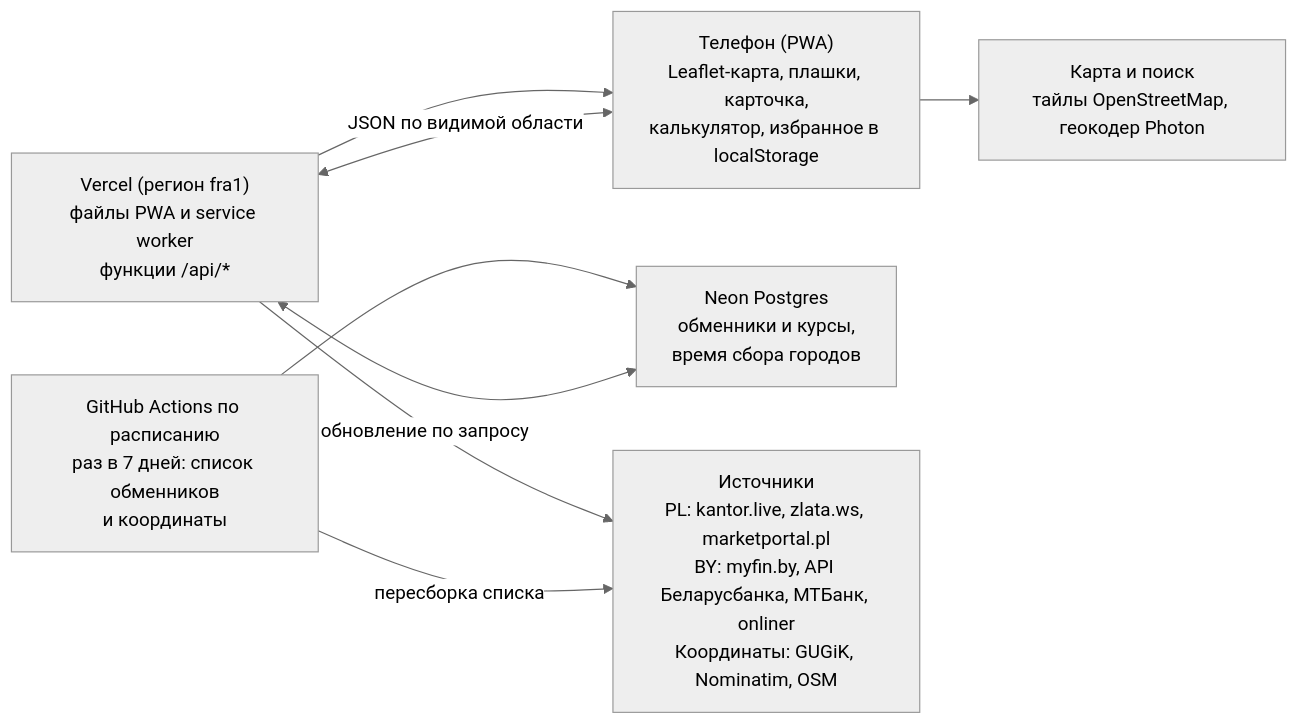
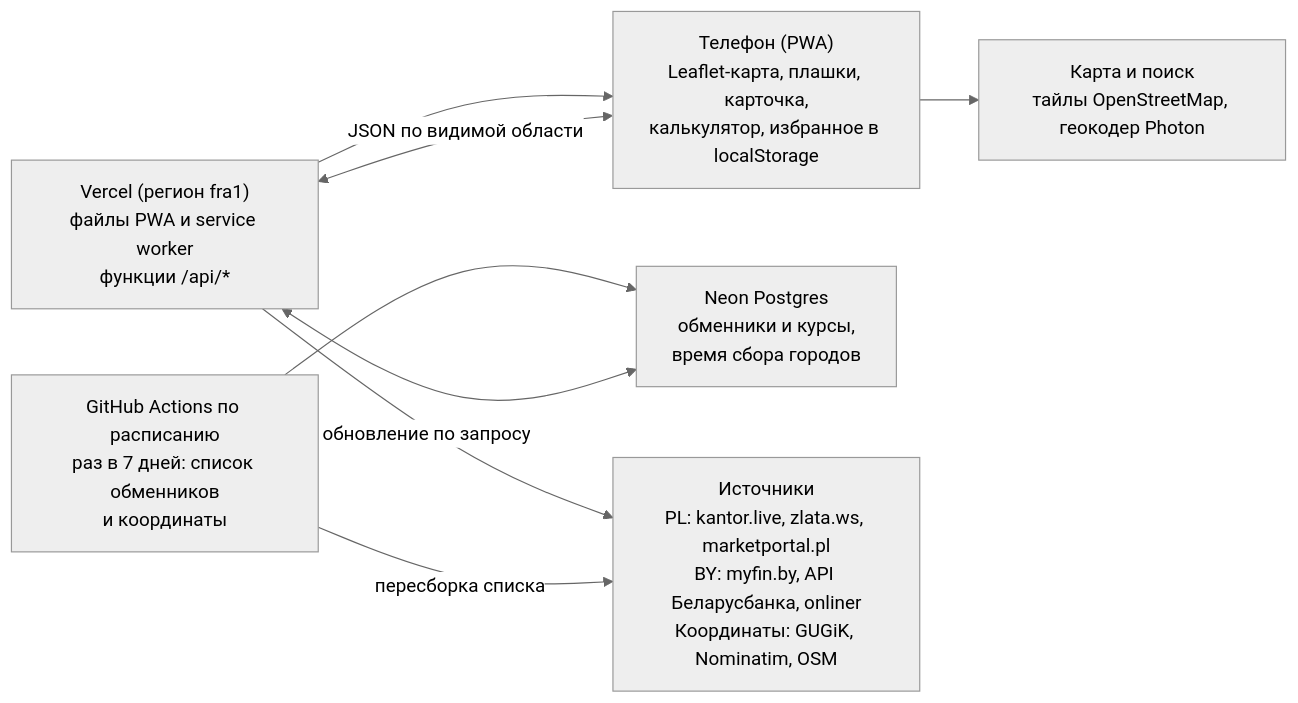
One commit to SofiyaStr-89/exchange-tracker changed the diagram in SPEC.md. Above: the diagram before and after it, drawn with Mermaid (neutral theme). The commit also changed other lines of this file and 3 other files, not shown here.

````diff
--- a/SPEC.md
+++ b/SPEC.md
@@ -148,11 +147,11 @@
 ```mermaid
 flowchart LR
     Vercel["Vercel (регион fra1)<br/>файлы PWA и service worker<br/>функции /api/*"] --> Phone
     Phone["Телефон (PWA)<br/>Leaflet-карта, плашки, карточка,<br/>калькулятор, избранное в localStorage"]
     Phone --> Maps["Карта и поиск<br/>тайлы OpenStreetMap, геокодер Photon"]
     Phone <-- "JSON по видимой области" --> Vercel
     Actions["GitHub Actions по расписанию<br/>раз в 7 дней: список обменников<br/>и координаты"] --> Neon
     Vercel <--> Neon["Neon Postgres<br/>обменники и курсы,<br/>время сбора городов"]
     Vercel -- "обновление по запросу" --> Sources
-    Actions -- "пересборка списка" --> Sources["Источники<br/>PL: kantor.live, zlata.ws, marketportal.pl<br/>BY: myfin.by, API Беларусбанка, МТБанк, onliner<br/>Координаты: GUGiK, Nominatim, OSM"]
+    Actions -- "пересборка списка" --> Sources["Источники<br/>PL: kantor.live, zlata.ws, marketportal.pl<br/>BY: myfin.by, API Беларусбанка, onliner<br/>Координаты: GUGiK, Nominatim, OSM"]
 ```
````
